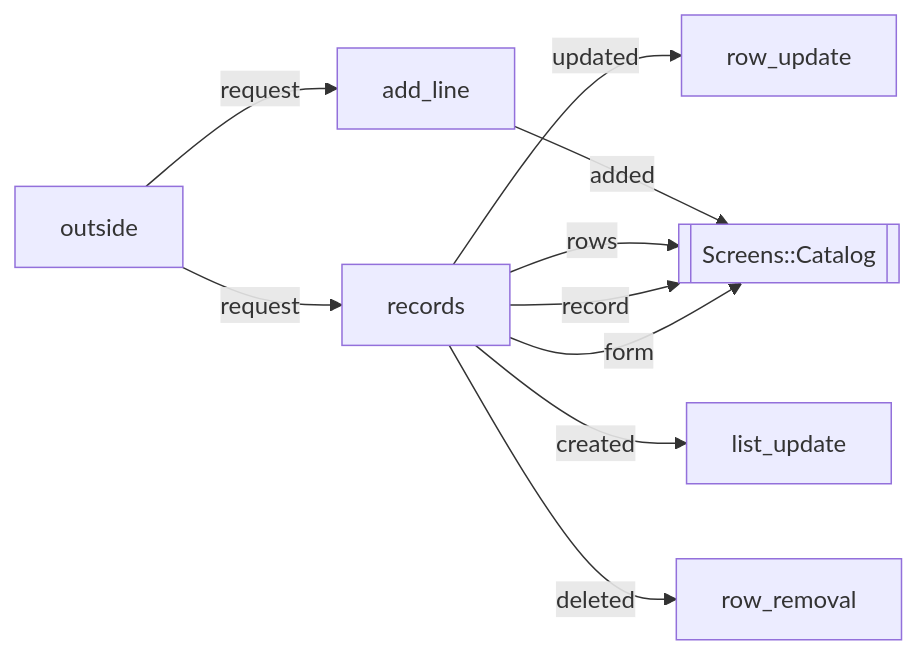
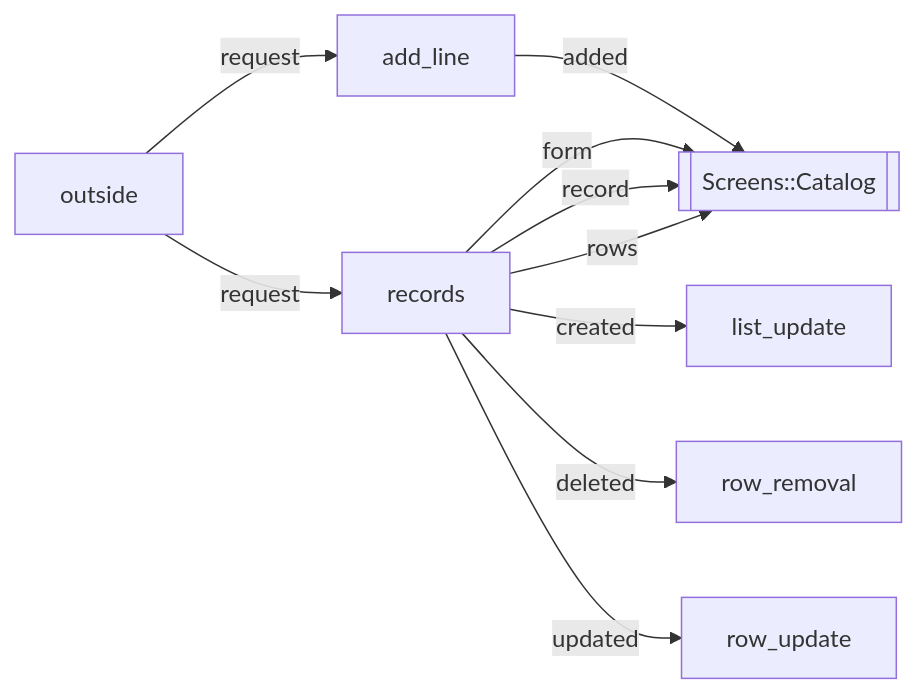
Before and after one commit to modellurgist/ala_variants_ruby: the diagram in v06-plain-rails/docs/diagrams/running/catalog.md, drawn with Mermaid. The commit also changed other lines of this file and 13 other files, not shown here.

Commit message:
chore: more test diagrams

````diff
--- a/v06-plain-rails/docs/diagrams/running/catalog.md
+++ b/v06-plain-rails/docs/diagrams/running/catalog.md
@@ -3,18 +3,18 @@
 ```mermaid
 flowchart LR
   screen[[Screens::Catalog]]
   records[records]
   list_update[list_update]
   row_update[row_update]
   row_removal[row_removal]
   add_line[add_line]
+  outside -- request --> add_line
   outside -- request --> records
+  add_line -- added --> screen
+  records -- created --> list_update
+  records -- deleted --> row_removal
   records -- form --> screen
-  records -- updated --> row_update
   records -- record --> screen
   records -- rows --> screen
-  records -- created --> list_update
-  records -- deleted --> row_removal
-  outside -- request --> add_line
-  add_line -- added --> screen
+  records -- updated --> row_update
 ```
````
